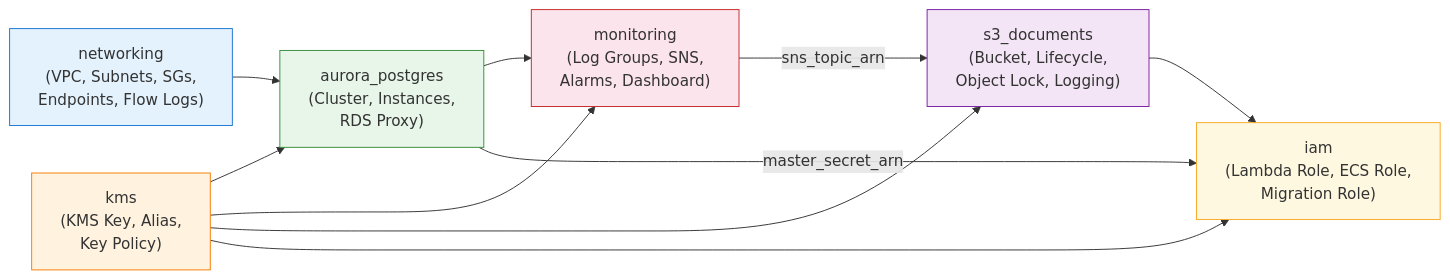
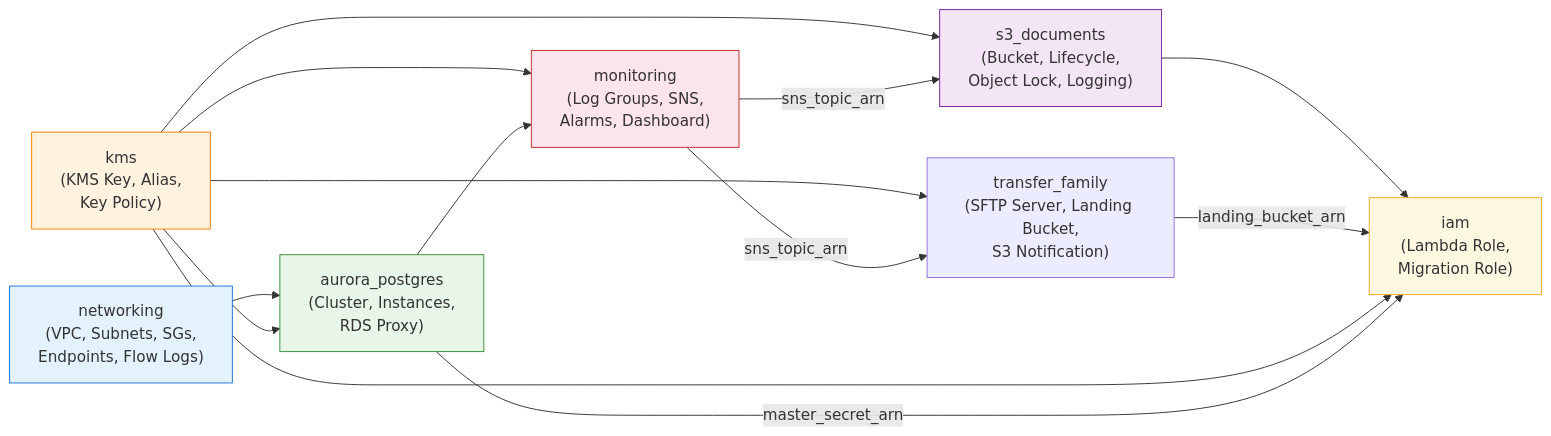
Before and after one commit to kumarmedasani/invoice-document-storage: the second of 10 diagrams in docs/ARCHITECTURE.md, drawn with Mermaid. The commit also changed other lines of this file and 7 other files, not shown here.

First line of the commit message:
Update all documentation for two-bucket landing zone design

````diff
--- a/docs/ARCHITECTURE.md
+++ b/docs/ARCHITECTURE.md
@@ -95,26 +90,30 @@
 ```mermaid
 graph LR
     networking["networking<br/>(VPC, Subnets, SGs,<br/>Endpoints, Flow Logs)"]
     kms["kms<br/>(KMS Key, Alias,<br/>Key Policy)"]
     aurora["aurora_postgres<br/>(Cluster, Instances,<br/>RDS Proxy)"]
     monitoring["monitoring<br/>(Log Groups, SNS,<br/>Alarms, Dashboard)"]
     s3["s3_documents<br/>(Bucket, Lifecycle,<br/>Object Lock, Logging)"]
-    iam["iam<br/>(Lambda Role, ECS Role,<br/>Migration Role)"]
+    transfer["transfer_family<br/>(SFTP Server, Landing Bucket,<br/>S3 Notification)"]
+    iam["iam<br/>(Lambda Role,<br/>Migration Role)"]
 
     networking --> aurora
     kms --> aurora
     kms --> monitoring
     aurora --> monitoring
     kms --> s3
     monitoring -->|sns_topic_arn| s3
+    kms --> transfer
+    monitoring -->|sns_topic_arn| transfer
     s3 --> iam
+    transfer -->|landing_bucket_arn| iam
     kms --> iam
     aurora -->|master_secret_arn| iam
 
     style networking fill:#e3f2fd,stroke:#1976d2
     style kms fill:#fff3e0,stroke:#f57c00
     style aurora fill:#e8f5e9,stroke:#388e3c
     style monitoring fill:#fce4ec,stroke:#c62828
     style s3 fill:#f3e5f5,stroke:#7b1fa2
     style iam fill:#fff8e1,stroke:#f9a825
 ```
````
